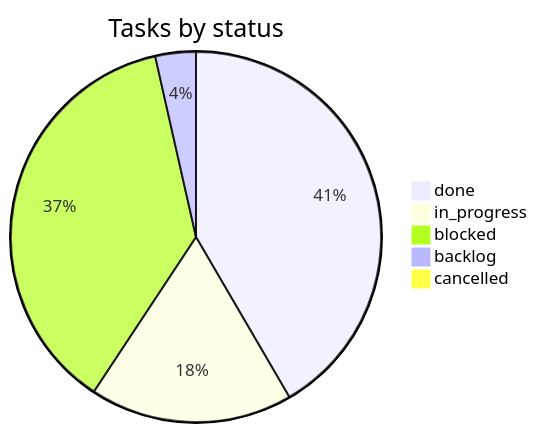
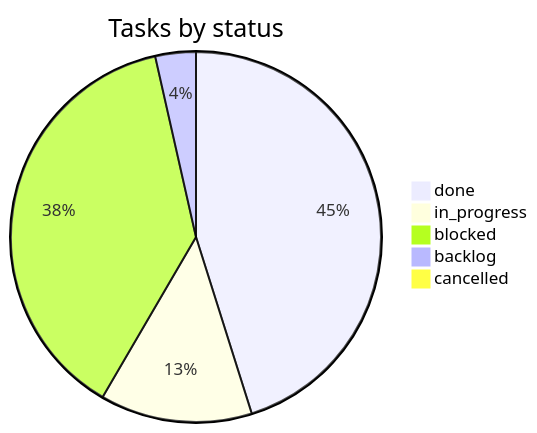
The second of 2 diagrams in PROGRESS.md (vulcanflow/docs), drawn with Mermaid before and after one commit. The commit also changed other lines of this file and 1 other file, not shown here.

Commit message:
progress: 4 deliveries (VFL-128, VFL-129, VFL-130, VFL-131), 1 status change (VFL-132) (#71)

````diff
--- a/PROGRESS.md
+++ b/PROGRESS.md
@@ -58,8 +58,8 @@
 ```mermaid
 pie title Tasks by status
-  "done" : 47
-  "in_progress" : 20
-  "blocked" : 42
+  "done" : 51
+  "in_progress" : 15
+  "blocked" : 43
   "backlog" : 4
   "cancelled" : 1
 ```
````
